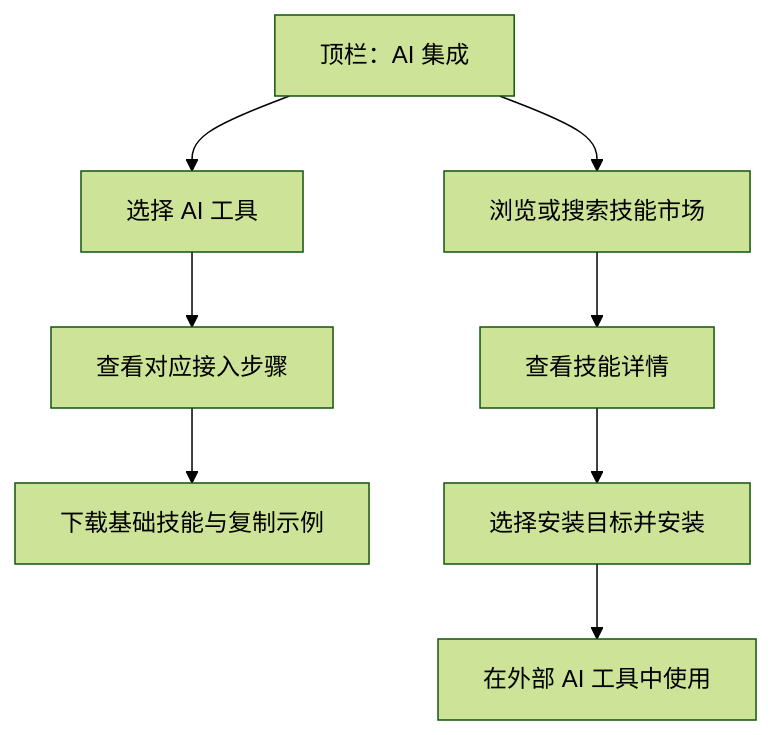
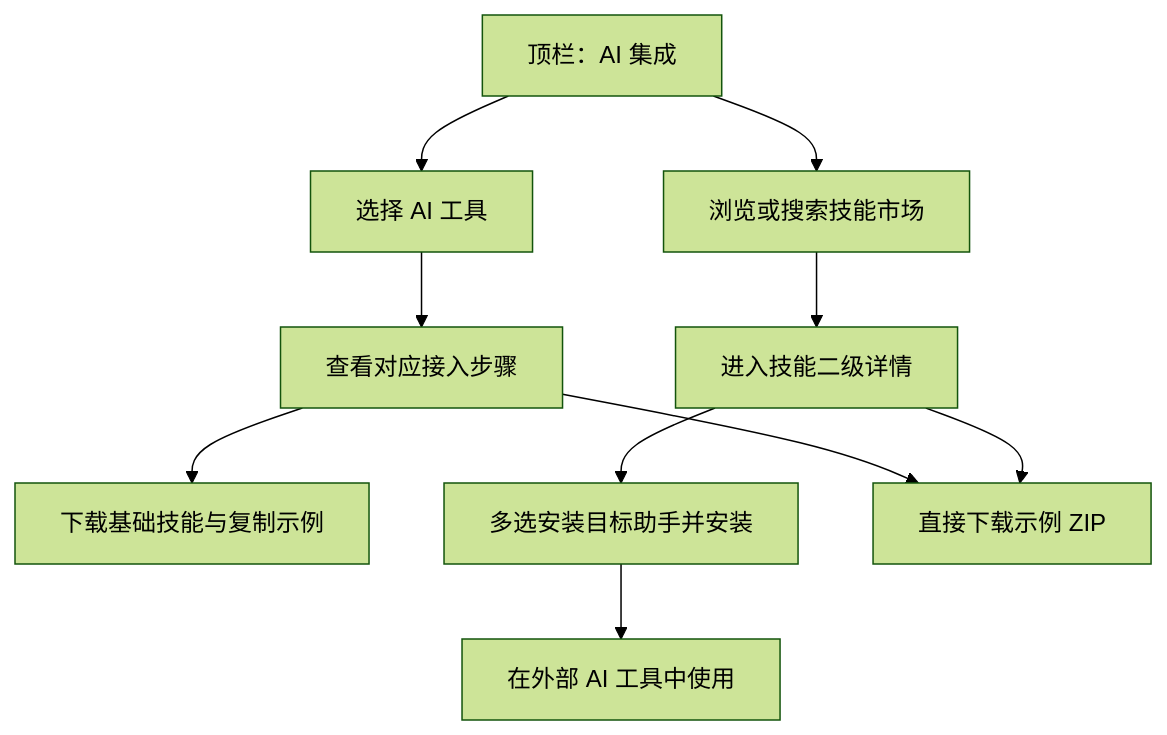
One commit to liuzhuogood/MyWebScrcpy changed the diagram in docs/versions/v1.26.0-feature/design.md. Above: the diagram before and after it, drawn with Mermaid (forest theme). The commit also changed other lines of this file and 86 other files, not shown here.

````diff
--- a/docs/versions/v1.26.0-feature/design.md
+++ b/docs/versions/v1.26.0-feature/design.md
@@ -26,10 +26,12 @@
 ```mermaid
 flowchart TD
     A[顶栏：AI 集成] --> B[选择 AI 工具]
     B --> C[查看对应接入步骤]
     C --> D[下载基础技能与复制示例]
     A --> E[浏览或搜索技能市场]
-    E --> F[查看技能详情]
-    F --> G[选择安装目标并安装]
+    E --> F[进入技能二级详情]
+    F --> G[多选安装目标助手并安装]
+    C --> I[直接下载示例 ZIP]
+    F --> I
     G --> H[在外部 AI 工具中使用]
 ```
````
